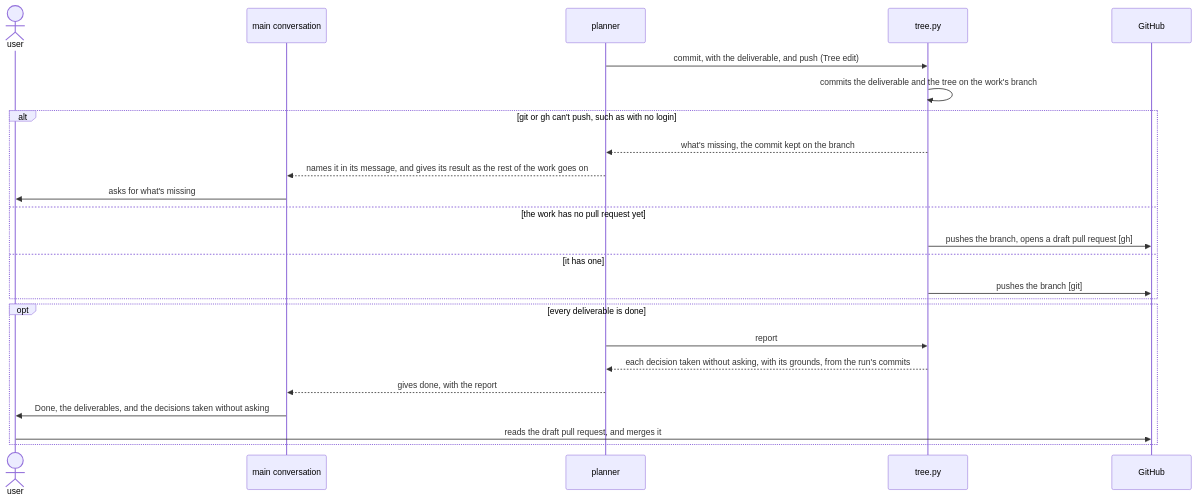
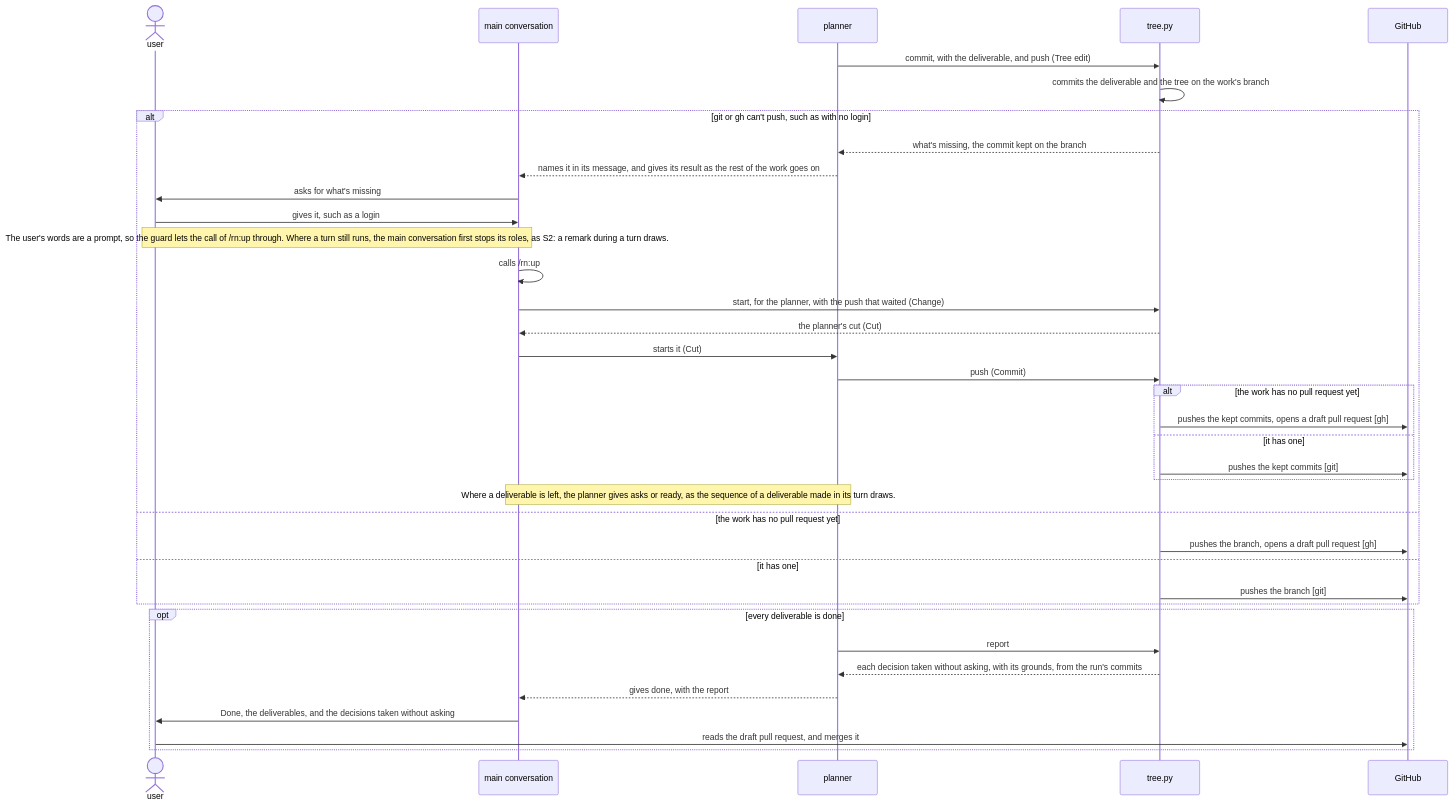
One commit to lovaizu/ccpm changed the sixth of 6 diagrams in dev/rn/architecture.md. Above: the diagram before and after it, drawn with Mermaid. The commit also changed other lines of this file and 8 other files, not shown here.

````diff
--- a/dev/rn/architecture.md
+++ b/dev/rn/architecture.md
@@ -642,26 +659,39 @@
 ```mermaid
 sequenceDiagram
   actor U as user
   participant M as main conversation
   participant P as planner
   participant T as tree.py
   participant GH as GitHub
   P->>T: commit, with the deliverable, and push (Tree edit)
   T->>T: commits the deliverable and the tree on the work's branch
   alt git or gh can't push, such as with no login
     T-->>P: what's missing, the commit kept on the branch
     P-->>M: names it in its message, and gives its result as the rest of the work goes on
     M->>U: asks for what's missing
+    U->>M: gives it, such as a login
+    Note over U,M: The user's words are a prompt, so the guard lets the call of /rn:up through. Where a turn still runs, the main conversation first stops its roles, as S2: a remark during a turn draws.
+    M->>M: calls /rn:up
+    M->>T: start, for the planner, with the push that waited (Change)
+    T-->>M: the planner's cut (Cut)
+    M->>P: starts it (Cut)
+    P->>T: push (Commit)
+    alt the work has no pull request yet
+      T->>GH: pushes the kept commits, opens a draft pull request [gh]
+    else it has one
+      T->>GH: pushes the kept commits [git]
+    end
+    Note over M,P: Where a deliverable is left, the planner gives asks or ready, as the sequence of a deliverable made in its turn draws.
   else the work has no pull request yet
     T->>GH: pushes the branch, opens a draft pull request [gh]
   else it has one
     T->>GH: pushes the branch [git]
   end
   opt every deliverable is done
     P->>T: report
     T-->>P: each decision taken without asking, with its grounds, from the run's commits
     P-->>M: gives done, with the report
     M->>U: Done, the deliverables, and the decisions taken without asking
     U->>GH: reads the draft pull request, and merges it
   end
 ```
````
